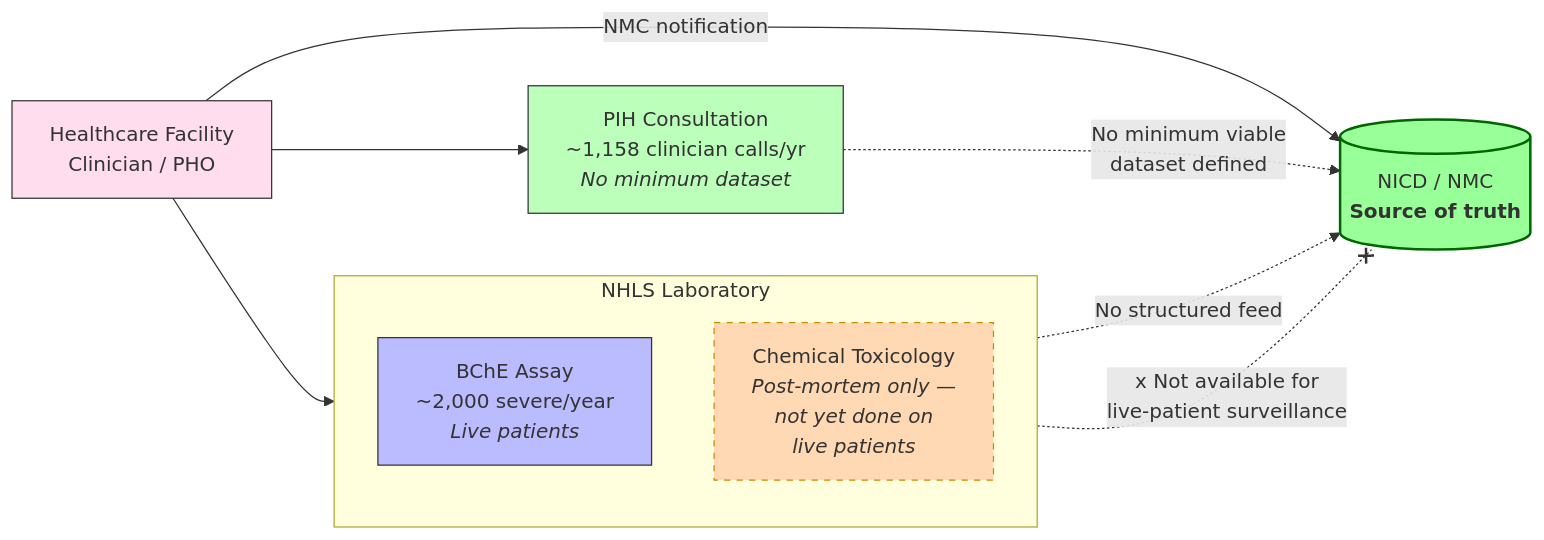
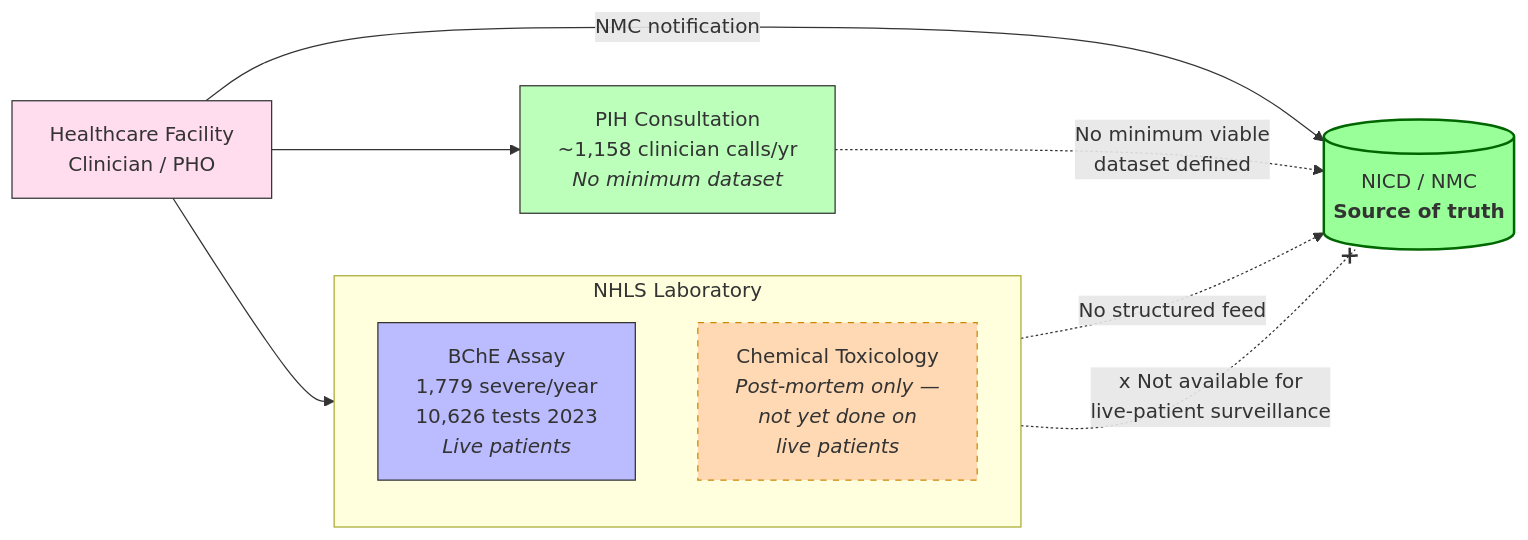
One commit to bridaybrummer/D2P_project changed the first of 2 diagrams in posts/surveillance_policy.qmd. Above: the diagram before and after it, drawn with Mermaid. The commit also changed other lines of this file and 9 other files, not shown here.

````diff
--- a/posts/surveillance_policy.qmd
+++ b/posts/surveillance_policy.qmd
@@ -49,25 +49,25 @@
 ```{mermaid}
 %%| label: fig-surv-current-system
 %%| fig-cap: "Current surveillance architecture. NICD/NMC is the source of truth, but the NHLS laboratory streams (BChE on live patients; chemical toxicology — post-mortem only) and PIH consultations do not feed into NMC in a structured way."
 flowchart LR
     A[Healthcare Facility<br/>Clinician / PHO] -->|NMC notification| E[("NICD / NMC<br/><b>Source of truth</b>")]
     A --> N[NHLS Laboratory]
 
     subgraph N[NHLS Laboratory]
         direction TB
-        C1[BChE Assay<br/>~2,000 severe/year<br/><i>Live patients</i>]
+        C1[BChE Assay<br/>1,779 severe/year<br/>10,626 tests 2023<br/><i>Live patients</i>]
         C2[Chemical Toxicology<br/><i>Post-mortem only —<br/>not yet done on<br/>live patients</i>]
     end
 
     A --> D[PIH Consultation<br/>~1,158 clinician calls/yr<br/><i>No minimum dataset</i>]
 
     C1 -.No structured feed.-> E
     C2 -.x Not available for<br/>live-patient surveillance.-x E
     D -.No minimum viable<br/>dataset defined.-> E
 
     style E fill:#9f9,stroke:#060,stroke-width:2px
     style A fill:#fde,stroke:#333
     style C1 fill:#bbf,stroke:#333
     style C2 fill:#ffd9b3,stroke:#cc8800,stroke-dasharray: 5 5
     style D fill:#bfb,stroke:#333
 ```
````
